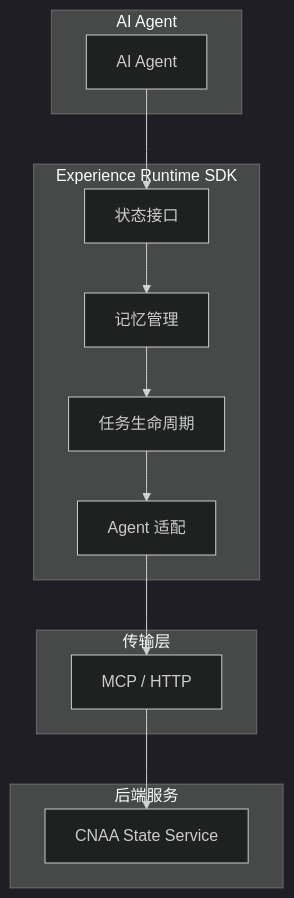
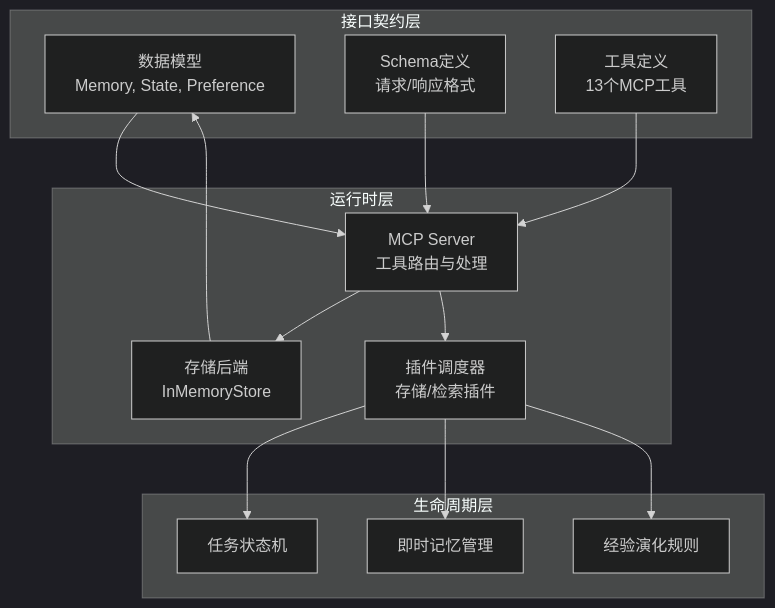
One commit to lgx236/CNAA-Cloud-Native-Agent-Architecture- changed the first of 3 diagrams in .qoder/repowiki/zh/content/架构设计/通信协议设计/MCP协议规范.md. Above: the diagram before and after it, drawn with Mermaid (dark theme). The commit also changed other lines of this file and 99 other files, not shown here.

````diff
--- a/.qoder/repowiki/zh/content/架构设计/通信协议设计/MCP协议规范.md
+++ b/.qoder/repowiki/zh/content/架构设计/通信协议设计/MCP协议规范.md
@@ -27,24 +41,27 @@
 ```mermaid
 graph TB
-subgraph "AI Agent"
-A["AI Agent"]
+subgraph "接口契约层"
+A["数据模型<br/>Memory, State, Preference"]
+B["Schema定义<br/>请求/响应格式"]
+C["工具定义<br/>13个MCP工具"]
 end
-subgraph "Experience Runtime SDK"
-B["状态接口"]
-C["记忆管理"]
-D["任务生命周期"]
-E["Agent 适配"]
+subgraph "运行时层"
+D["MCP Server<br/>工具路由与处理"]
+E["存储后端<br/>InMemoryStore"]
+F["插件调度器<br/>存储/检索插件"]
 end
-subgraph "传输层"
-F["MCP / HTTP"]
+subgraph "生命周期层"
+G["任务状态机"]
+H["即时记忆管理"]
+I["经验演化规则"]
 end
-subgraph "后端服务"
-G["CNAA State Service"]
-end
-A --> B
-B --> C
+A --> D
+B --> D
 C --> D
 D --> E
-E --> F
+D --> F
+E --> A
 F --> G
+F --> H
+F --> I
 ```
````
